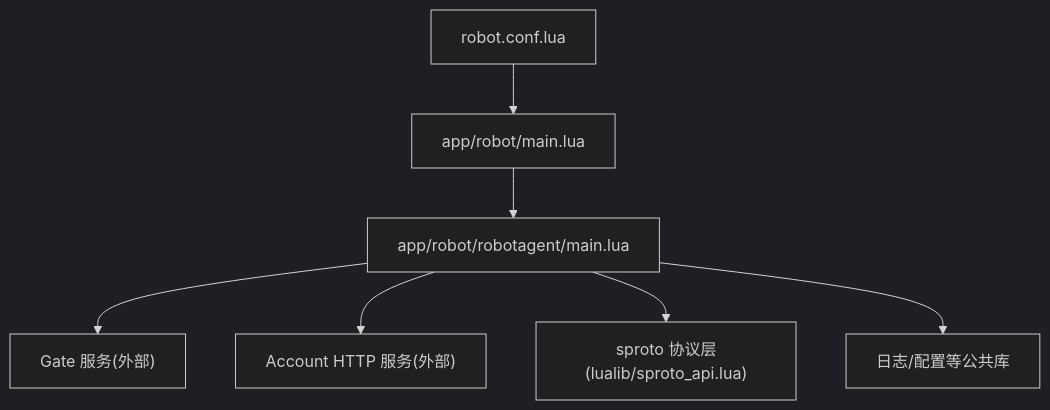
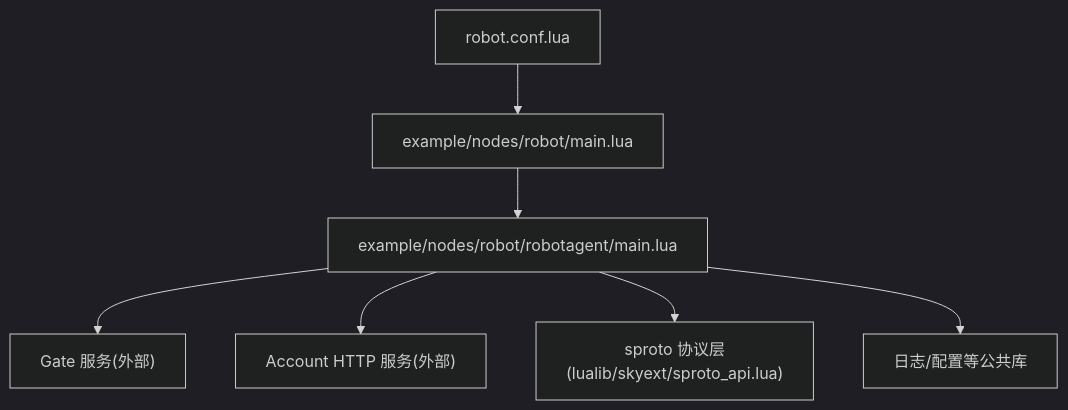
One commit to hanxi/skyext changed the first of 4 diagrams in docs/repowiki/zh/content/服务模块/Robot 服务.md. Above: the diagram before and after it, drawn with Mermaid (dark theme). The commit also changed other lines of this file and 117 other files, not shown here.

````diff
--- a/docs/repowiki/zh/content/服务模块/Robot 服务.md
+++ b/docs/repowiki/zh/content/服务模块/Robot 服务.md
@@ -34,9 +34,9 @@
 ```mermaid
 graph TB
-A["robot.conf.lua"] --> B["app/robot/main.lua"]
-B --> C["app/robot/robotagent/main.lua"]
+A["robot.conf.lua"] --> B["example/nodes/robot/main.lua"]
+B --> C["example/nodes/robot/robotagent/main.lua"]
 C --> D["Gate 服务(外部)"]
 C --> E["Account HTTP 服务(外部)"]
-C --> F["sproto 协议层(lualib/sproto_api.lua)"]
+C --> F["sproto 协议层(lualib/skyext/sproto_api.lua)"]
 C --> G["日志/配置等公共库"]
 ```
````
